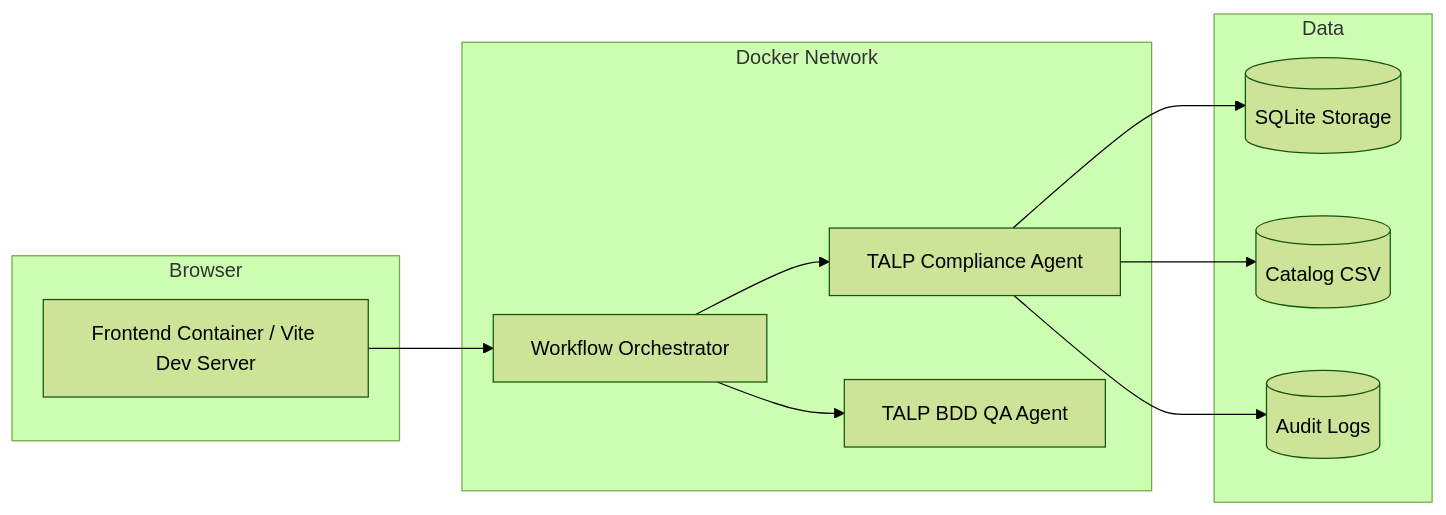
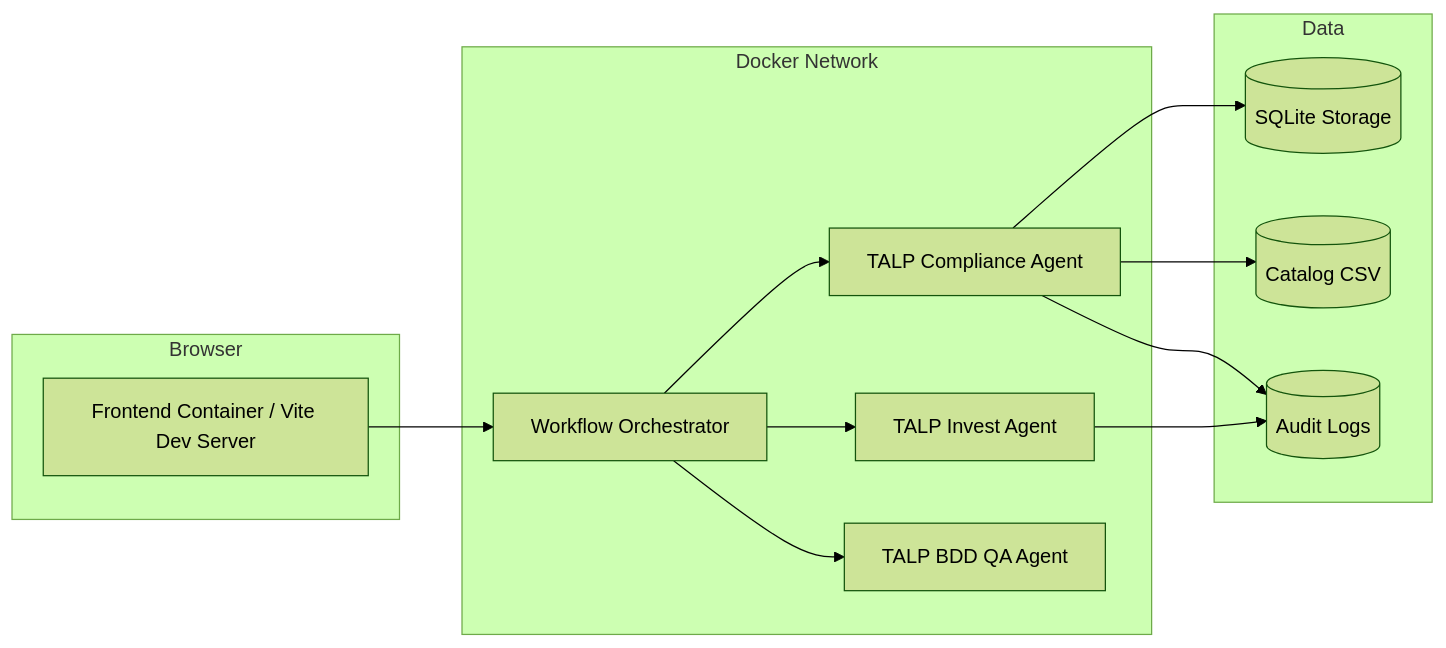
The diagram in docs/deployment.md (igusouz/talp-agents-mvp), drawn with Mermaid (forest theme) before and after one commit. The commit also changed other lines of this file and 45 other files, not shown here.

````diff
--- a/docs/deployment.md
+++ b/docs/deployment.md
@@ -185,25 +186,28 @@
 ```mermaid
 flowchart LR
   subgraph Browser
     FE[Frontend Container / Vite Dev Server]
   end
 
   subgraph API_Net[Docker Network]
     ORCH[Workflow Orchestrator]
+    INV[TALP Invest Agent]
     COMP[TALP Compliance Agent]
     BDD[TALP BDD QA Agent]
   end
 
   subgraph Data
     SQL[(SQLite Storage)]
     CAT[(Catalog CSV)]
     AUD[(Audit Logs)]
   end
 
   FE --> ORCH
+  ORCH --> INV
   ORCH --> COMP
   ORCH --> BDD
+  INV --> AUD
   COMP --> SQL
   COMP --> CAT
   COMP --> AUD
 ```
````
